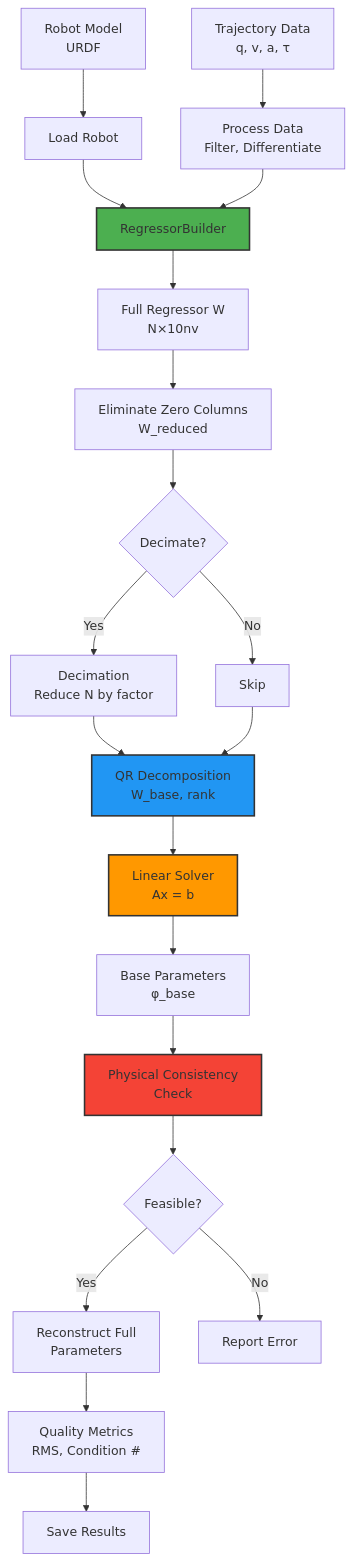
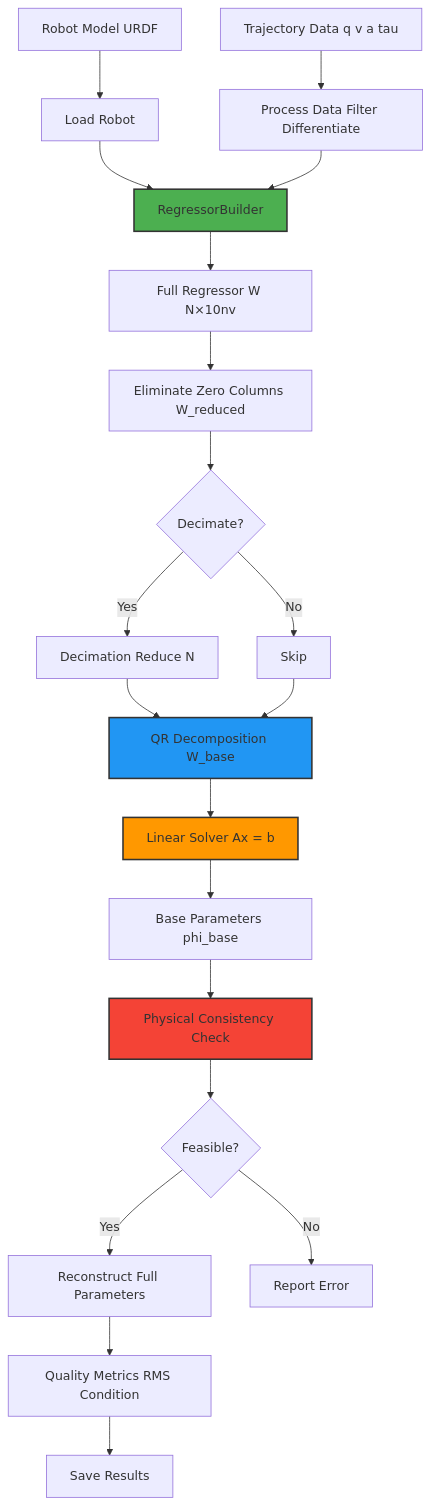
One commit to thanhndv212/figaroh-plus changed the fifth of 6 diagrams in ARCHITECTURE.md. Above: the diagram before and after it, drawn with Mermaid. The commit also changed other lines of this file, not shown here.

Commit message:
docs: Enhance architecture documentation with detailed diagrams and workflow descriptions

````diff
--- a/ARCHITECTURE.md
+++ b/ARCHITECTURE.md
@@ -660,37 +815,37 @@
 ```mermaid
 flowchart TD
-    A[Robot Model<br/>URDF] --> B[Load Robot]
-    C[Trajectory Data<br/>q, v, a, τ] --> D[Process Data<br/>Filter, Differentiate]
+    A[Robot Model URDF] --> B[Load Robot]
+    C[Trajectory Data q v a tau] --> D[Process Data Filter Differentiate]
     
     B --> E[RegressorBuilder]
     D --> E
     
-    E --> F[Full Regressor W<br/>N×10nv]
+    E --> F[Full Regressor W N×10nv]
     
-    F --> G[Eliminate Zero Columns<br/>W_reduced]
+    F --> G[Eliminate Zero Columns W_reduced]
     
     G --> H{Decimate?}
-    H -->|Yes| I[Decimation<br/>Reduce N by factor]
+    H -->|Yes| I[Decimation Reduce N]
     H -->|No| J[Skip]
-    I --> K[QR Decomposition<br/>W_base, rank]
+    I --> K[QR Decomposition W_base]
     J --> K
     
-    K --> L[Linear Solver<br/>Ax = b]
+    K --> L[Linear Solver Ax = b]
     
-    L --> M[Base Parameters<br/>φ_base]
+    L --> M[Base Parameters phi_base]
     
-    M --> N[Physical Consistency<br/>Check]
+    M --> N[Physical Consistency Check]
     
     N --> O{Feasible?}
-    O -->|Yes| P[Reconstruct Full<br/>Parameters]
+    O -->|Yes| P[Reconstruct Full Parameters]
     O -->|No| Q[Report Error]
     
-    P --> R[Quality Metrics<br/>RMS, Condition #]
+    P --> R[Quality Metrics RMS Condition]
     
     R --> S[Save Results]
     
     style E fill:#4caf50,stroke:#333,stroke-width:2px
     style K fill:#2196f3,stroke:#333,stroke-width:2px
     style L fill:#ff9800,stroke:#333,stroke-width:2px
     style N fill:#f44336,stroke:#333,stroke-width:2px
 ```
````
